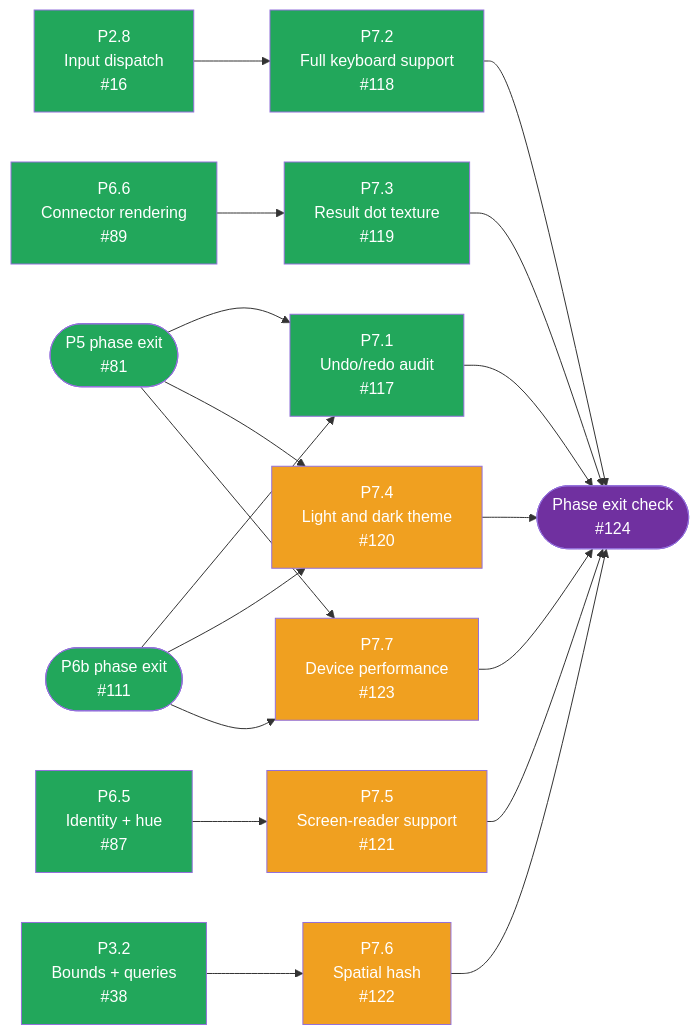
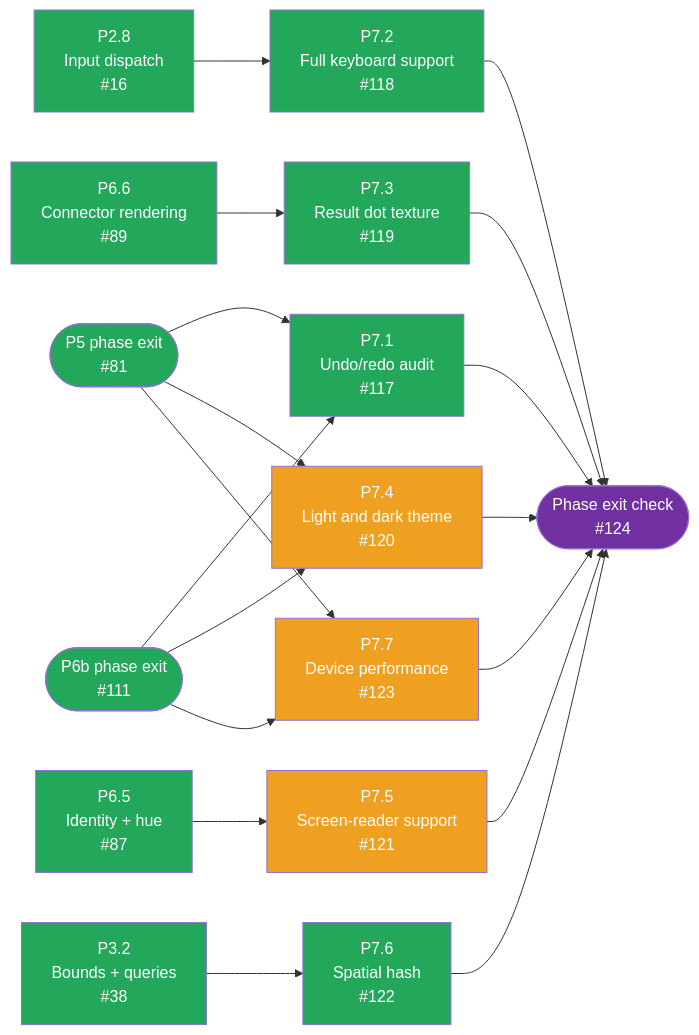
One commit to tousifosman/CalcMind changed the seventh of 7 diagrams in docs/DEVELOPMENT_PLAN.md. Above: the diagram before and after it, drawn with Mermaid. The commit also changed other lines of this file and 9 other files, not shown here.

````diff
--- a/docs/DEVELOPMENT_PLAN.md
+++ b/docs/DEVELOPMENT_PLAN.md
@@ -1321,51 +1321,51 @@
 ```mermaid
 flowchart LR
     P5EXIT(["P5 phase exit<br/>#81"])
     P6bEXIT(["P6b phase exit<br/>#111"])
     P28["P2.8<br/>Input dispatch<br/>#16"]
     P32["P3.2<br/>Bounds + queries<br/>#38"]
     P65["P6.5<br/>Identity + hue<br/>#87"]
     P66["P6.6<br/>Connector rendering<br/>#89"]
     P71["P7.1<br/>Undo/redo audit<br/>#117"]
     P72["P7.2<br/>Full keyboard support<br/>#118"]
     P73["P7.3<br/>Result dot texture<br/>#119"]
     P74["P7.4<br/>Light and dark theme<br/>#120"]
     P75["P7.5<br/>Screen-reader support<br/>#121"]
     P76["P7.6<br/>Spatial hash<br/>#122"]
     P77["P7.7<br/>Device performance<br/>#123"]
     EXIT(["Phase exit check<br/>#124"])
 
     P5EXIT --> P71
     P6bEXIT --> P71
     P28 --> P72
     P66 --> P73
     P5EXIT --> P74
     P6bEXIT --> P74
     P65 --> P75
     P32 --> P76
     P5EXIT --> P77
     P6bEXIT --> P77
 
     P71 --> EXIT
     P72 --> EXIT
     P73 --> EXIT
     P74 --> EXIT
     P75 --> EXIT
     P76 --> EXIT
     P77 --> EXIT
 
     style P5EXIT fill:#22A75B,color:#fff
     style P6bEXIT fill:#22A75B,color:#fff
     style P28 fill:#22A75B,color:#fff
     style P32 fill:#22A75B,color:#fff
     style P65 fill:#22A75B,color:#fff
     style P66 fill:#22A75B,color:#fff
     style P71 fill:#22A75B,color:#fff
     style P72 fill:#22A75B,color:#fff
     style P73 fill:#22A75B,color:#fff
     style P74 fill:#F0A020,color:#fff
     style P75 fill:#F0A020,color:#fff
-    style P76 fill:#F0A020,color:#fff
+    style P76 fill:#22A75B,color:#fff
     style P77 fill:#F0A020,color:#fff
     style EXIT fill:#7030A0,color:#fff
 ```
````
